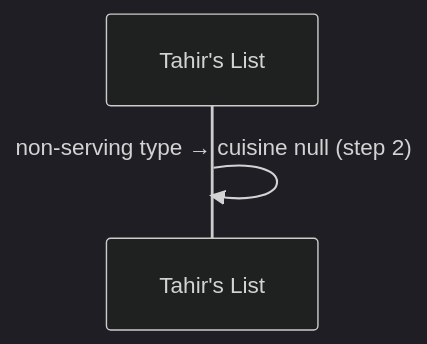
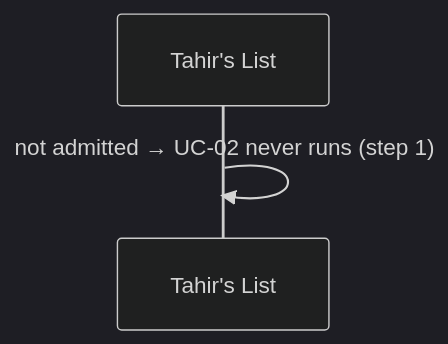
The second of 7 diagrams in docs/features/SC-231/04-blackbox/UC-02-assign-cuisine.md (Losers-Lab/tahirs-list), drawn with Mermaid (dark theme) before and after one commit. The commit also changed other lines of this file and 2 other files, not shown here.

Commit message:
[SC-231] Flatten nested sequence fragments

````diff
--- a/docs/features/SC-231/04-blackbox/UC-02-assign-cuisine.md
+++ b/docs/features/SC-231/04-blackbox/UC-02-assign-cuisine.md
@@ -20,5 +20,5 @@
 ```mermaid
 sequenceDiagram
   participant TL as Tahir's List
-  TL->>TL: non-serving type → cuisine null (step 2)
+  TL->>TL: not admitted → UC-02 never runs (step 1)
 ```
````
